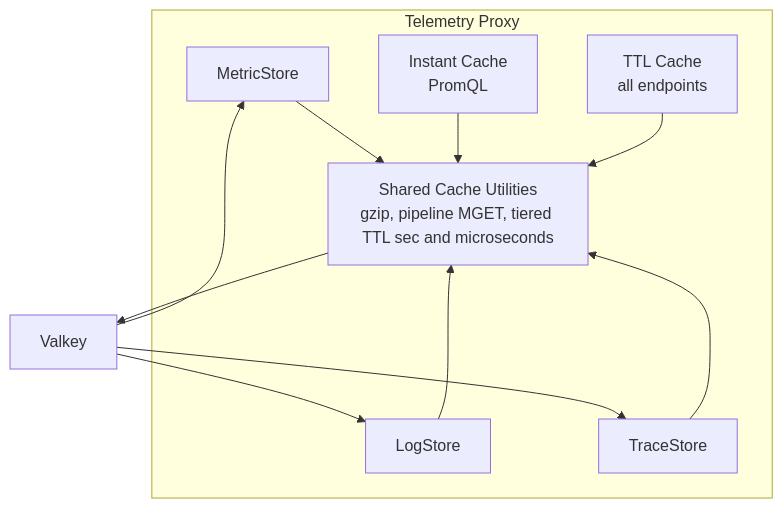
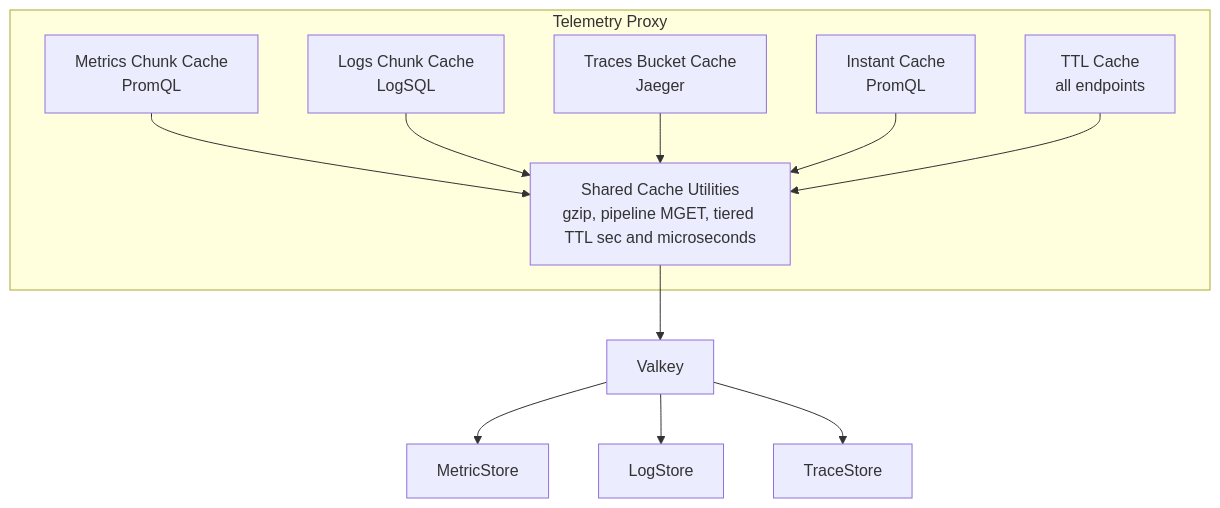
Before and after one commit to mirastacklabs-ai/mirastacklabs-ai.github.io: the first of 3 diagrams in blog/tech-blog-chunk-split-caching.md, drawn with Mermaid.

Commit message:
Cache, Chunk and Aggregate blog

````diff
--- a/blog/tech-blog-chunk-split-caching.md
+++ b/blog/tech-blog-chunk-split-caching.md
@@ -76,21 +76,21 @@
 ```mermaid
 flowchart TB
   subgraph TP[Telemetry Proxy]
     M[Metrics Chunk Cache\nPromQL]
     L[Logs Chunk Cache\nLogSQL]
     T[Traces Bucket Cache\nJaeger]
     I[Instant Cache\nPromQL]
     C[TTL Cache\nall endpoints]
     U[Shared Cache Utilities\ngzip, pipeline MGET, tiered TTL sec and microseconds]
     M --> U
     L --> U
     T --> U
     I --> U
     C --> U
   end
 
   U --> V[Valkey]
-  V --> M[MetricStore]
-  V --> L[LogStore]
-  V --> T[TraceStore]
+  V --> MS[MetricStore]
+  V --> LS[LogStore]
+  V --> TS[TraceStore]
 ```
````
